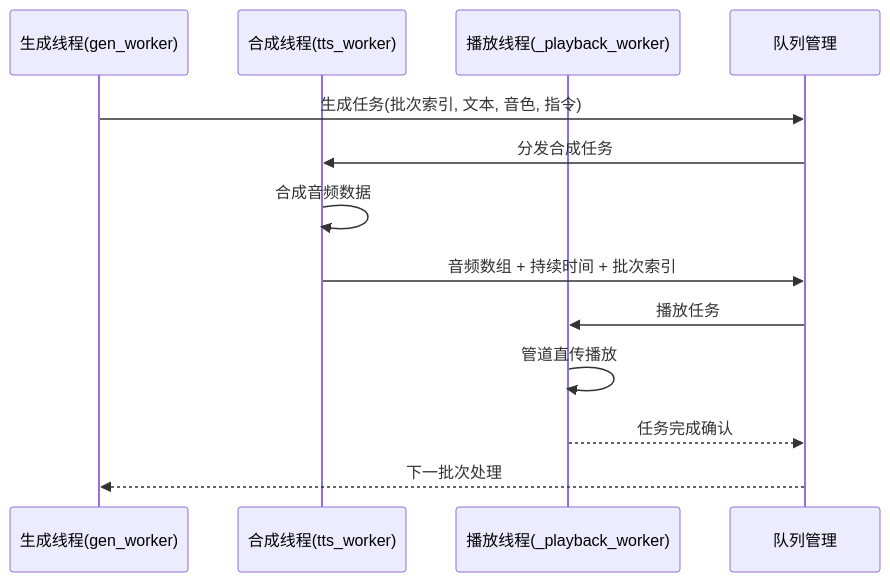
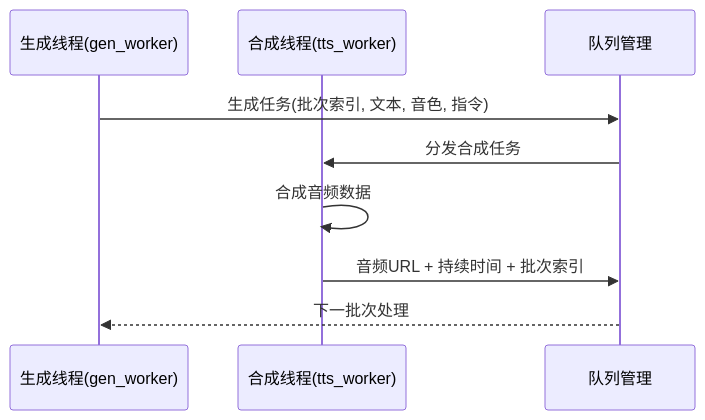
The second of 13 diagrams in .qoder/repowiki/zh/content/语音合成服务/实时TTS合成.md (1024dashen/Vue3Speech), drawn with Mermaid before and after one commit. The commit also changed other lines of this file and 13 other files, not shown here.

````diff
--- a/.qoder/repowiki/zh/content/语音合成服务/实时TTS合成.md
+++ b/.qoder/repowiki/zh/content/语音合成服务/实时TTS合成.md
@@ -128,15 +127,11 @@
 ```mermaid
 sequenceDiagram
 participant Gen as 生成线程(gen_worker)
 participant TTS as 合成线程(tts_worker)
-participant Play as 播放线程(_playback_worker)
 participant Queue as 队列管理
 Gen->>Queue : 生成任务(批次索引, 文本, 音色, 指令)
 Queue->>TTS : 分发合成任务
 TTS->>TTS : 合成音频数据
-TTS->>Queue : 音频数组 + 持续时间 + 批次索引
-Queue->>Play : 播放任务
-Play->>Play : 管道直传播放
-Play-->>Queue : 任务完成确认
+TTS->>Queue : 音频URL + 持续时间 + 批次索引
 Queue-->>Gen : 下一批次处理
 ```
````
